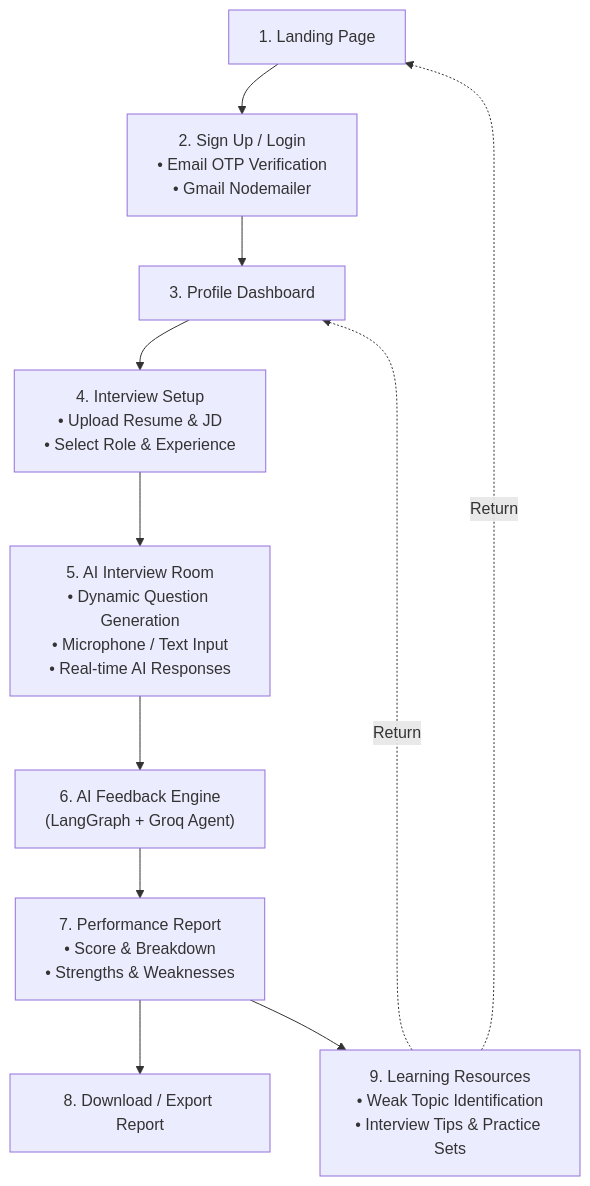
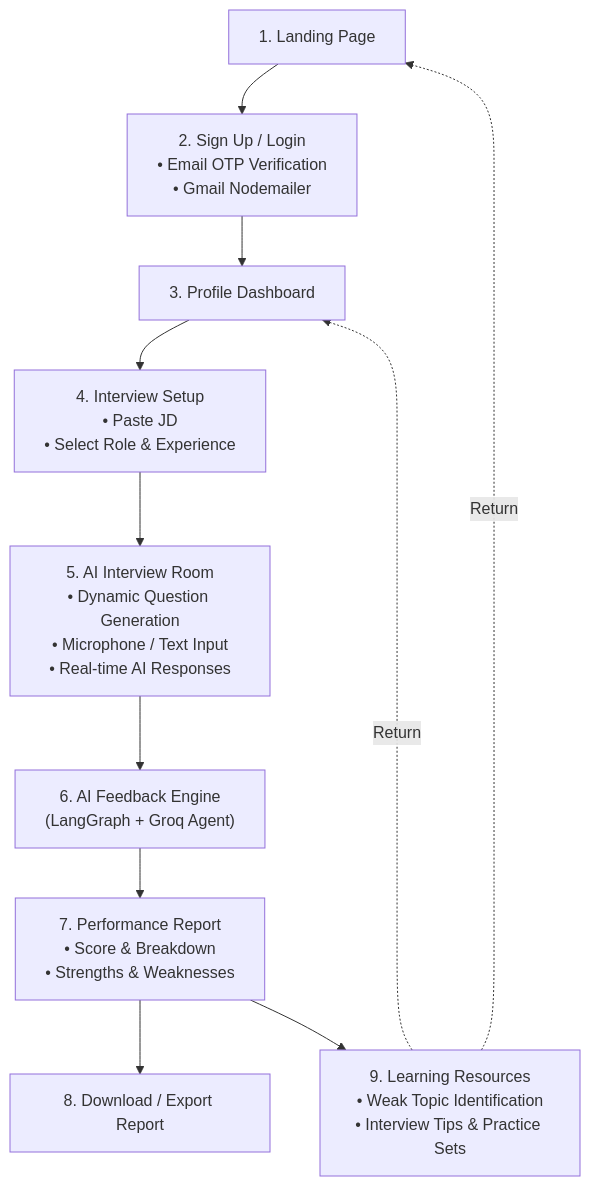
Before and after one commit to kirti2006/Lumify: the diagram in README.md, drawn with Mermaid.

````diff
--- a/README.md
+++ b/README.md
@@ -239,18 +239,18 @@
 ```mermaid
 flowchart TD
     1["1. Landing Page"] --> 2["2. Sign Up / Login\n• Email OTP Verification\n• Gmail Nodemailer"]
     2 --> 3["3. Profile Dashboard"]
-    3 --> 4["4. Interview Setup\n• Upload Resume & JD\n• Select Role & Experience"]
+    3 --> 4["4. Interview Setup\n• Paste JD\n• Select Role & Experience"]
 
     4 --> 5["5. AI Interview Room\n• Dynamic Question Generation\n• Microphone / Text Input\n• Real-time AI Responses"]
 
     5 --> 6["6. AI Feedback Engine\n(LangGraph + Groq Agent)"]
 
     6 --> 7["7. Performance Report\n• Score & Breakdown\n• Strengths & Weaknesses"]
 
     7 --> 8["8. Download / Export Report"]
     7 --> 9["9. Learning Resources\n• Weak Topic Identification\n• Interview Tips & Practice Sets"]
 
     9 -.->|Return| 1
     9 -.->|Return| 3
 ```
````
